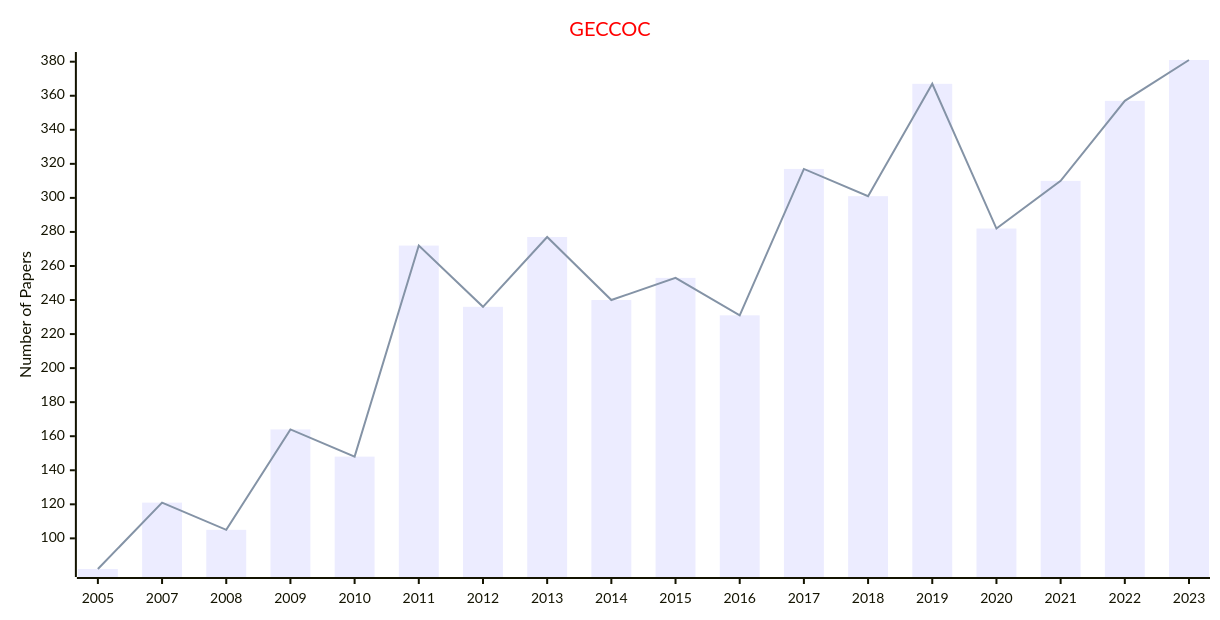
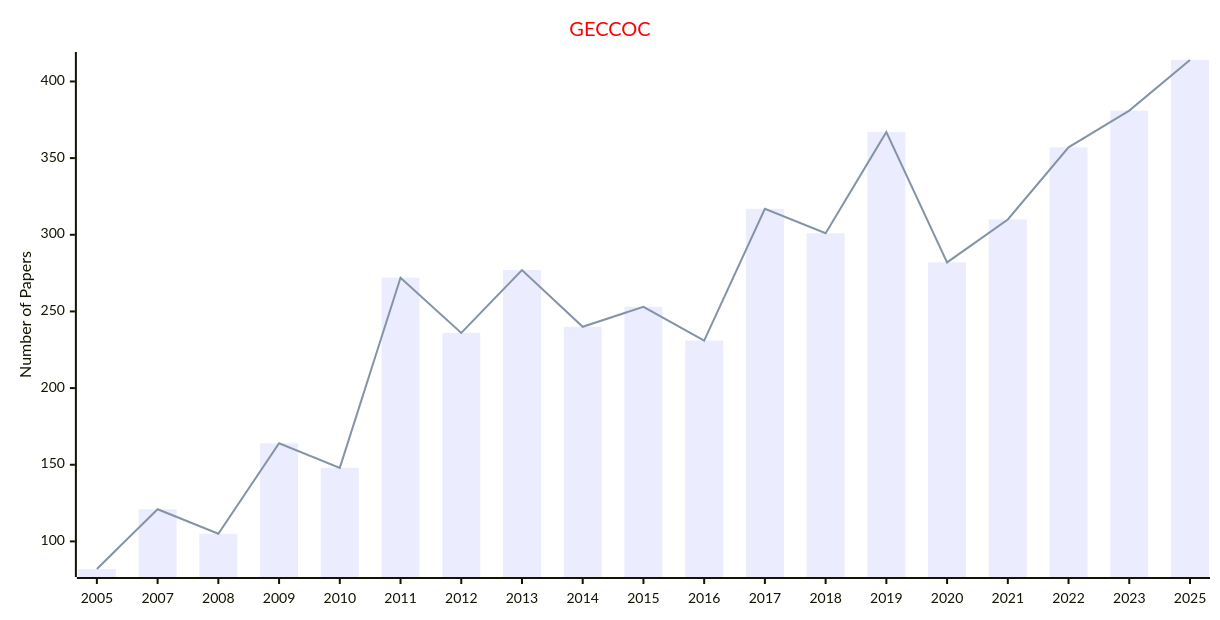
Before and after one commit to NextArtifIntell/AILinks: the second of 12 diagrams in docs/data/Conferences/Statistics_Conferences/Evolutionary_Computation.md, drawn with Mermaid. The commit also changed other lines of this file and 13 other files, not shown here.

````diff
--- a/docs/data/Conferences/Statistics_Conferences/Evolutionary_Computation.md
+++ b/docs/data/Conferences/Statistics_Conferences/Evolutionary_Computation.md
@@ -39,17 +39,17 @@
 ```mermaid
 ---
 config:
     xyChart:
         width: 1200
         height: 600
     themeVariables:
         xyChart:
             titleColor: "#ff0000"
 ---
 xychart-beta
     title "GECCOC"
-    x-axis [2005, 2007, 2008, 2009, 2010, 2011, 2012, 2013, 2014, 2015, 2016, 2017, 2018, 2019, 2020, 2021, 2022, 2023]
+    x-axis [2005, 2007, 2008, 2009, 2010, 2011, 2012, 2013, 2014, 2015, 2016, 2017, 2018, 2019, 2020, 2021, 2022, 2023, 2025]
     y-axis "Number of Papers"
-    bar [82, 121, 105, 164, 148, 272, 236, 277, 240, 253, 231, 317, 301, 367, 282, 310, 357, 381]
-    line [82, 121, 105, 164, 148, 272, 236, 277, 240, 253, 231, 317, 301, 367, 282, 310, 357, 381]
+    bar [82, 121, 105, 164, 148, 272, 236, 277, 240, 253, 231, 317, 301, 367, 282, 310, 357, 381, 414]
+    line [82, 121, 105, 164, 148, 272, 236, 277, 240, 253, 231, 317, 301, 367, 282, 310, 357, 381, 414]
 ```
````
